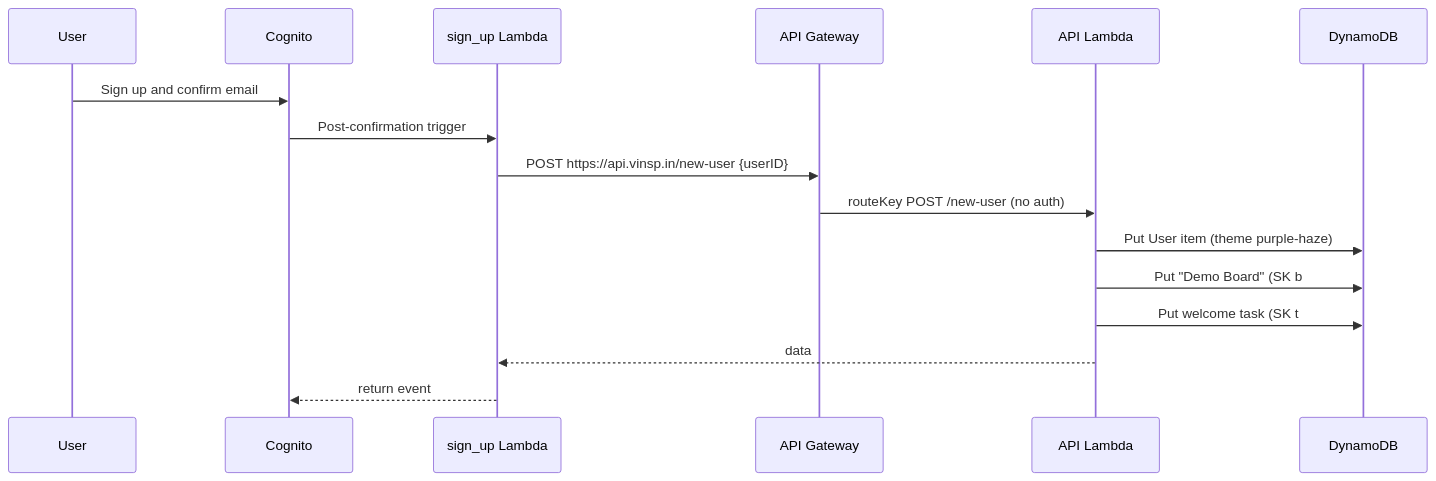
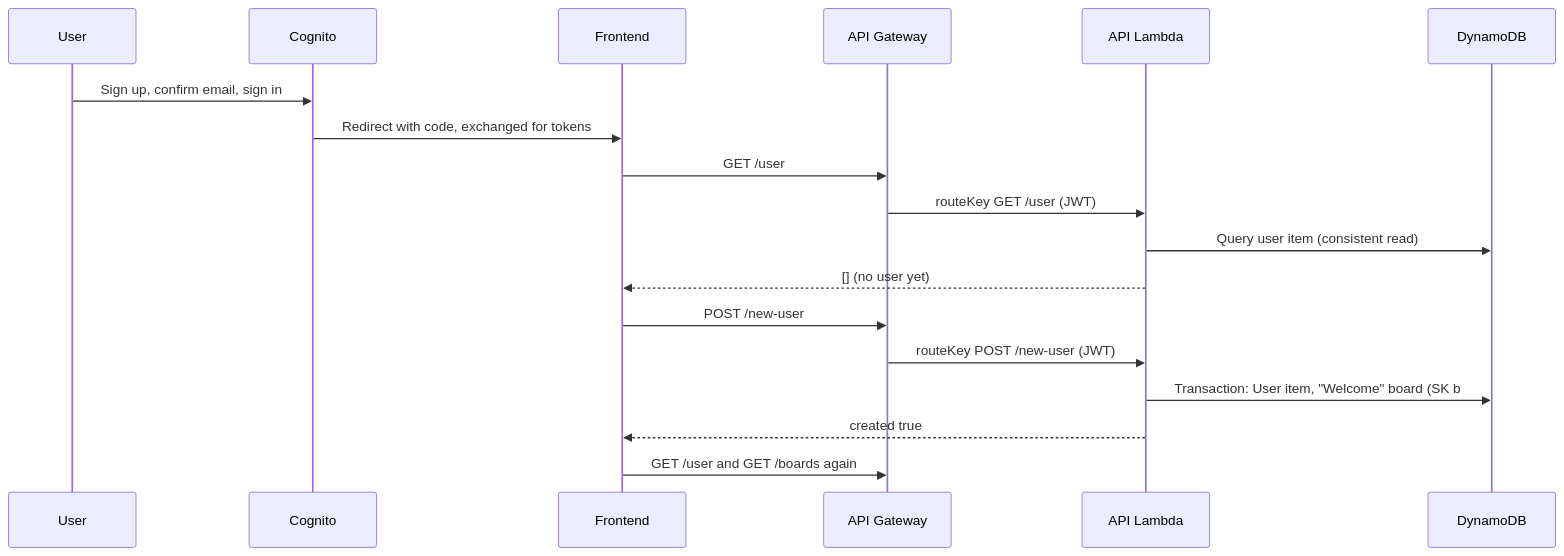
One commit to TomBenjaminMorris/listpal-backend changed the second of 10 diagrams in ARCHITECTURE.md. Above: the diagram before and after it, drawn with Mermaid. The commit also changed other lines of this file and 9 other files, not shown here.

First line of the commit message:
Create new users' data on first load, with an example board

````diff
--- a/ARCHITECTURE.md
+++ b/ARCHITECTURE.md
@@ -113,19 +109,21 @@
 ```mermaid
 sequenceDiagram
     participant U as User
     participant C as Cognito
-    participant S as sign_up Lambda
+    participant F as Frontend
     participant G as API Gateway
     participant A as API Lambda
     participant D as DynamoDB
 
-    U->>C: Sign up and confirm email
-    C->>S: Post-confirmation trigger
-    S->>G: POST https://api.vinsp.in/new-user {userID}
-    G->>A: routeKey POST /new-user (no auth)
-    A->>D: Put User item (theme purple-haze)
-    A->>D: Put "Demo Board" (SK b#userID)
-    A->>D: Put welcome task (SK t#userID)
-    A-->>S: data
-    S-->>C: return event
+    U->>C: Sign up, confirm email, sign in
+    C->>F: Redirect with code, exchanged for tokens
+    F->>G: GET /user
+    G->>A: routeKey GET /user (JWT)
+    A->>D: Query user item (consistent read)
+    A-->>F: [] (no user yet)
+    F->>G: POST /new-user
+    G->>A: routeKey POST /new-user (JWT)
+    A->>D: Transaction: User item, "Welcome" board (SK b#userID), its example tasks
+    A-->>F: created true
+    F->>G: GET /user and GET /boards again
 ```
````
